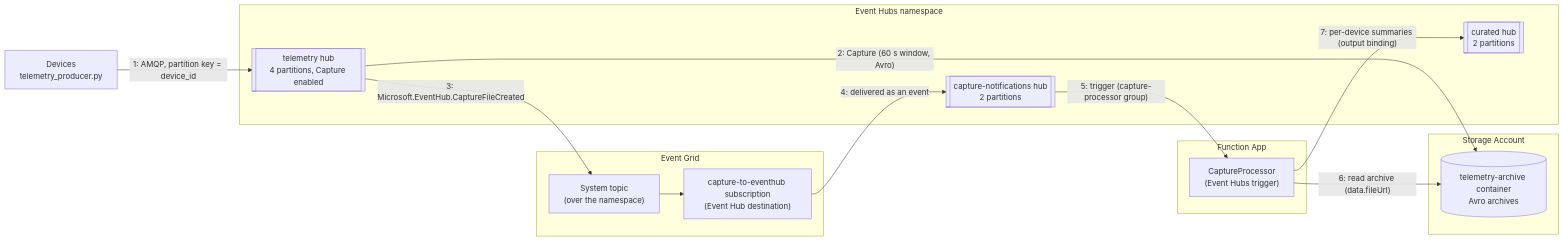
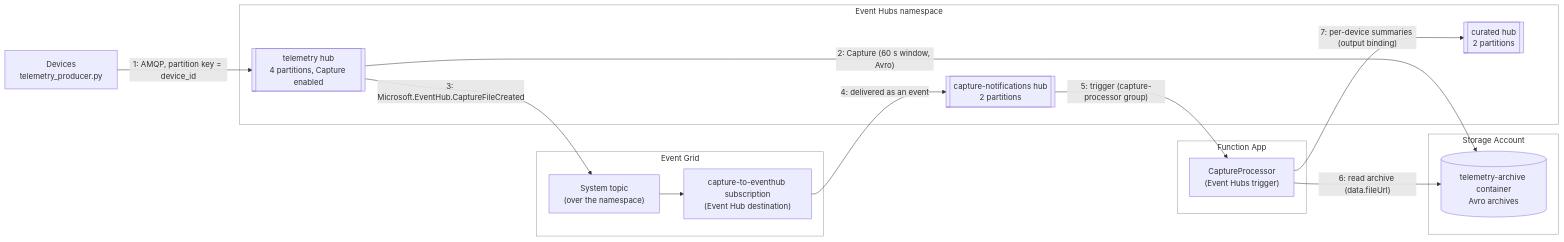
One commit to localstack/localstack-azure-samples changed the diagram in samples/eventhubs-eventgrid/python/README.md. Above: the diagram before and after it, drawn with Mermaid. The commit also changed 2 other files, not shown here.

Commit message:
Give the mermaid architecture diagrams white subgraph backgrounds
Mermaid's default theme fills subgraphs pale yellow. Style every subgraph
in the eventhubs, eventhubs-eventgrid and servicebus diagrams with a white
fill, gray border and dark title text, matching the white rounded
containers of the Visio-made architecture images.

````diff
--- a/samples/eventhubs-eventgrid/python/README.md
+++ b/samples/eventhubs-eventgrid/python/README.md
@@ -16,32 +16,37 @@
 ```mermaid
 flowchart LR
     devices["Devices<br/>telemetry_producer.py"]
 
     subgraph ehns["Event Hubs namespace"]
         telemetry[["telemetry hub<br/>4 partitions, Capture enabled"]]
         notifications[["capture-notifications hub<br/>2 partitions"]]
         curated[["curated hub<br/>2 partitions"]]
     end
 
     subgraph storage["Storage Account"]
         archive[("telemetry-archive container<br/>Avro archives")]
     end
 
     subgraph eventgrid["Event Grid"]
         topic["System topic<br/>(over the namespace)"]
         subscription["capture-to-eventhub subscription<br/>(Event Hub destination)"]
     end
 
     subgraph funcapp["Function App"]
         processor["CaptureProcessor<br/>(Event Hubs trigger)"]
     end
 
     devices -->|"1: AMQP, partition key = device_id"| telemetry
     telemetry -->|"2: Capture (60 s window, Avro)"| archive
     telemetry -->|"3: Microsoft.EventHub.CaptureFileCreated"| topic
     topic --> subscription
     subscription -->|"4: delivered as an event"| notifications
     notifications -->|"5: trigger (capture-processor group)"| processor
     processor -->|"6: read archive (data.fileUrl)"| archive
     processor -->|"7: per-device summaries (output binding)"| curated
+
+    style ehns fill:#ffffff,stroke:#999999,color:#333333
+    style storage fill:#ffffff,stroke:#999999,color:#333333
+    style eventgrid fill:#ffffff,stroke:#999999,color:#333333
+    style funcapp fill:#ffffff,stroke:#999999,color:#333333
 ```
````
